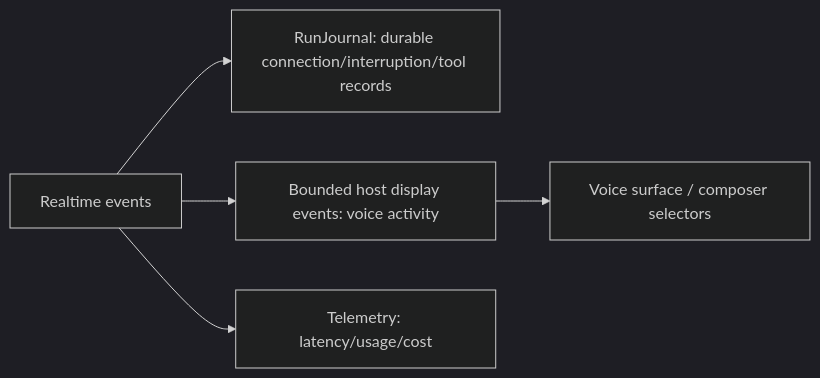
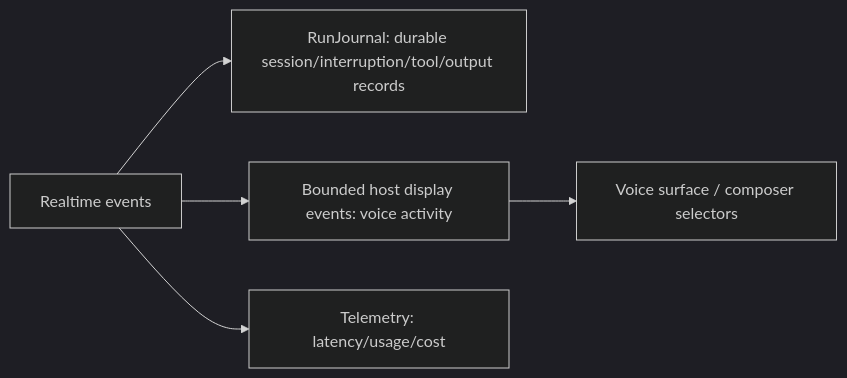
Before and after one commit to heyclawdia/clawdia_sdk: the second of 2 diagrams in docs/examples/realtime-voice-workflow.md, drawn with Mermaid (dark theme). The commit also changed other lines of this file and 14 other files, not shown here.

````diff
--- a/docs/examples/realtime-voice-workflow.md
+++ b/docs/examples/realtime-voice-workflow.md
@@ -63,7 +67,7 @@
 ```mermaid
 flowchart LR
-  A["Realtime events"] --> B["RunJournal: durable connection/interruption/tool records"]
+  A["Realtime events"] --> B["RunJournal: durable session/interruption/tool/output records"]
   A --> C["Bounded host display events: voice activity"]
   A --> D["Telemetry: latency/usage/cost"]
   C --> E["Voice surface / composer selectors"]
 ```
````
